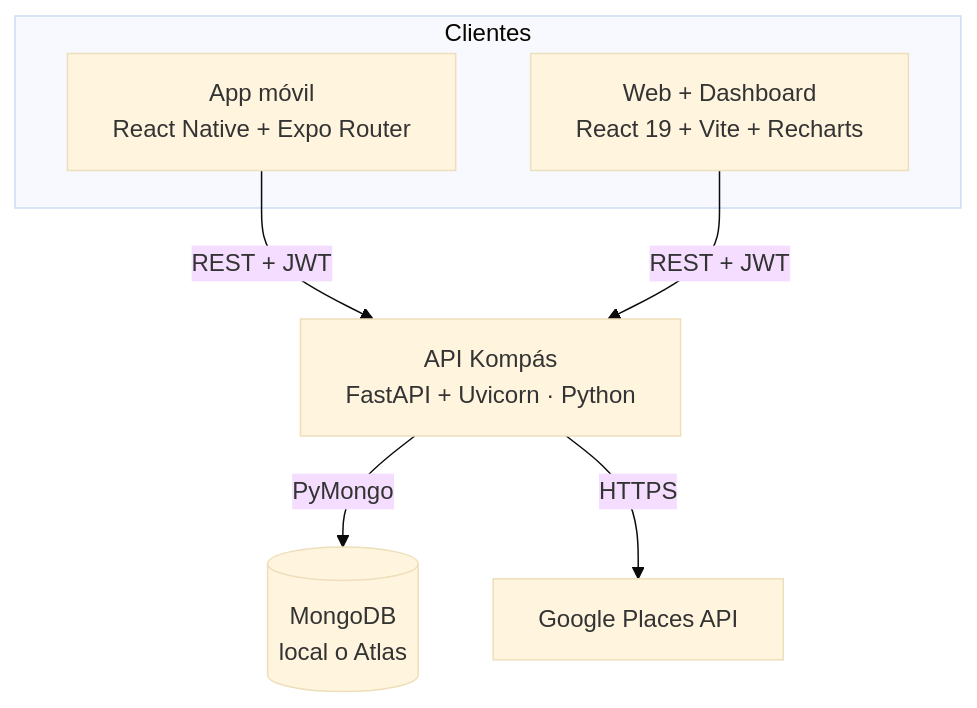
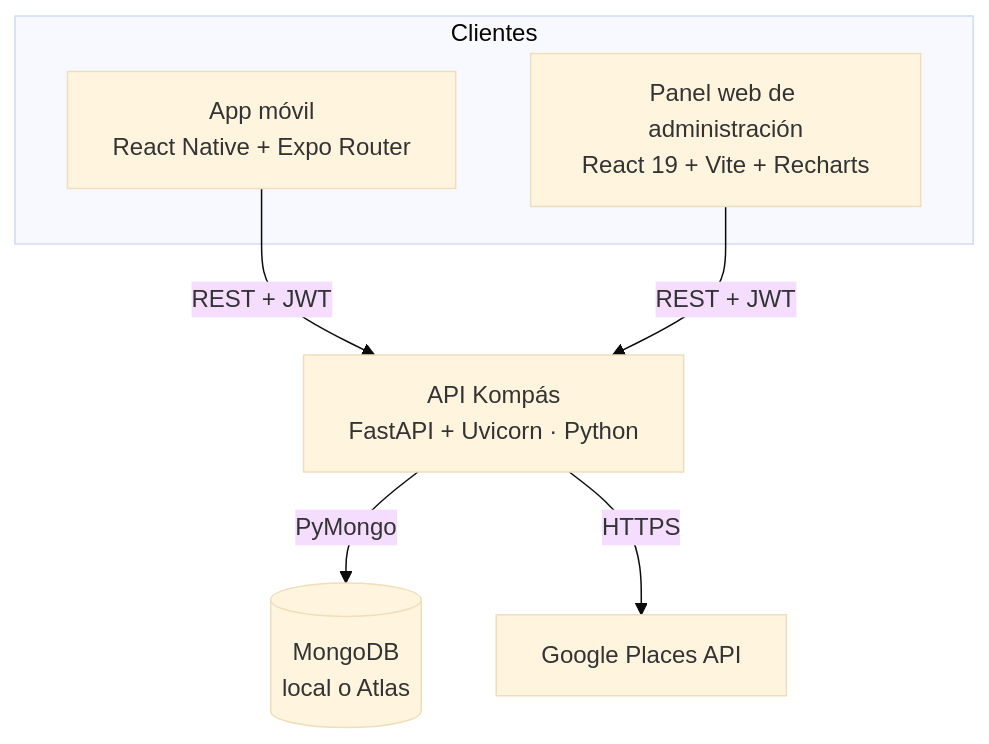
The second of 7 diagrams in DOCS/manual-tecnico/arquitectura.md (jirotrash/KompasAPPbeta), drawn with Mermaid (base theme) before and after one commit. The commit also changed other lines of this file and 11 other files, not shown here.

Commit message:
Deja la web solo con el dashboard de administración y la marca Kompás

````diff
--- a/DOCS/manual-tecnico/arquitectura.md
+++ b/DOCS/manual-tecnico/arquitectura.md
@@ -78,14 +78,14 @@
 ```mermaid
 flowchart TB
   subgraph Clientes
     M[App móvil<br/>React Native + Expo Router]
-    W[Web + Dashboard<br/>React 19 + Vite + Recharts]
+    W[Panel web de administración<br/>React 19 + Vite + Recharts]
   end
   API[API Kompás<br/>FastAPI + Uvicorn · Python]
   DB[(MongoDB<br/>local o Atlas)]
   G[Google Places API]
   M -- REST + JWT --> API
   W -- REST + JWT --> API
   API -- PyMongo --> DB
   API -- HTTPS --> G
 ```
````
